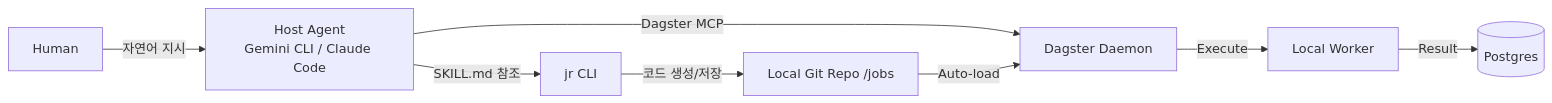
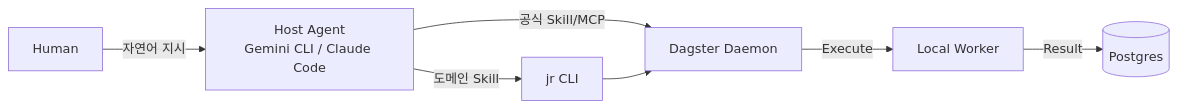
Before and after one commit to mjkimR/jobrunner: the first of 2 diagrams in docs/specification/PROJECT_REQUIREMENTS.md, drawn with Mermaid. The commit also changed other lines of this file and 18 other files, not shown here.

````diff
--- a/docs/specification/PROJECT_REQUIREMENTS.md
+++ b/docs/specification/PROJECT_REQUIREMENTS.md
@@ -261,10 +266,9 @@
 ```mermaid
 graph LR
     User[Human] -- "자연어 지시" --> HostAgent[Host Agent<br/>Gemini CLI / Claude Code]
-    HostAgent -- "SKILL.md 참조" --> jrCLI[jr CLI]
-    HostAgent -- "Dagster MCP" --> Dagster[Dagster Daemon]
-    jrCLI -- "코드 생성/저장" --> Repo[Local Git Repo /jobs]
-    Repo -- "Auto-load" --> Dagster
+    HostAgent -- "공식 Skill/MCP" --> Dagster[Dagster Daemon]
+    HostAgent -- "도메인 Skill" --> jrCLI[jr CLI]
+    jrCLI --> Dagster
     Dagster -- "Execute" --> Worker[Local Worker]
     Worker -- "Result" --> DB[(Postgres)]
 ```
````
